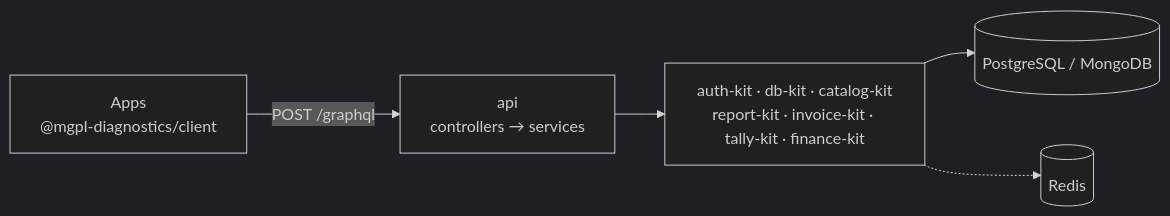
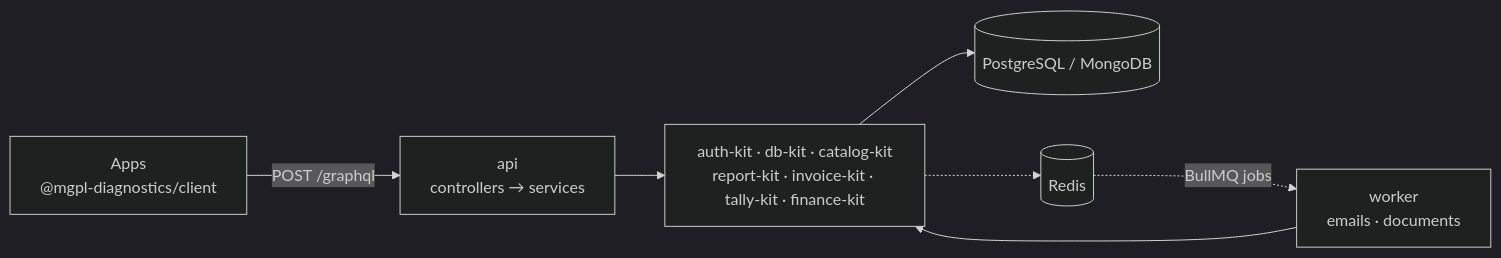
One commit to mgpl-diagnostics/api changed the diagram in README.md. Above: the diagram before and after it, drawn with Mermaid (dark theme). The commit also changed other lines of this file and 40 other files, not shown here.

First line of the commit message:
feat: access + refresh tokens, device binding, worker on Redis + BullMQ (#4)

````diff
--- a/README.md
+++ b/README.md
@@ -22,7 +22,9 @@
 ```mermaid
 flowchart LR
   APP["Apps<br/>@mgpl-diagnostics/client"] -- "POST /graphql" --> API["api<br/>controllers → services"]
   API --> K["auth-kit · db-kit · catalog-kit<br/>report-kit · invoice-kit · tally-kit · finance-kit"]
   K --> DB[("PostgreSQL / MongoDB")]
   K -.-> R[("Redis")]
+  R -. "BullMQ jobs" .-> W["worker<br/>emails · documents"]
+  W --> K
 ```
````
